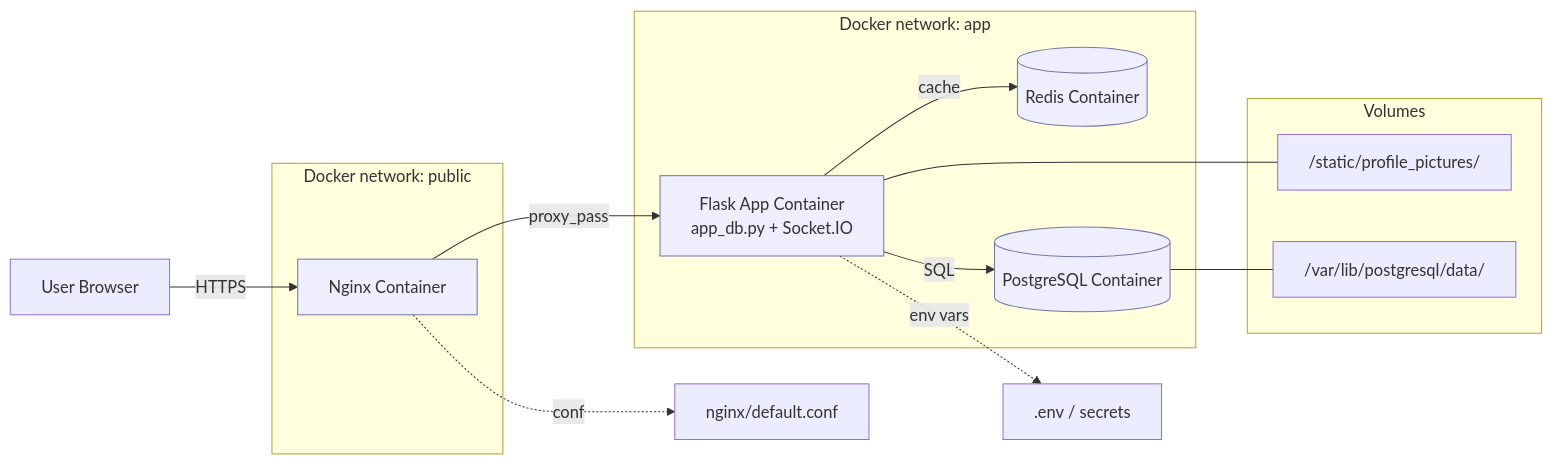
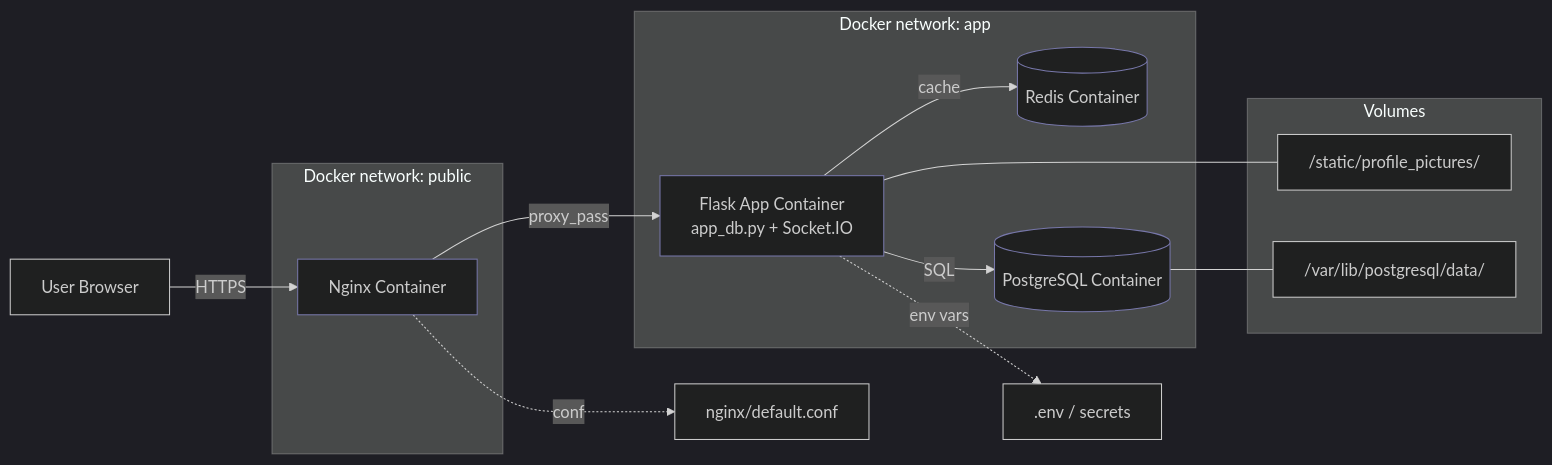
Before and after one commit to AdasRakieta/Site_proj: the diagram in Inzynierka/12_ZALACZNIKI/diagramy/deployment_docker.mmd, drawn with Mermaid. The commit also changed 7 other files, not shown here.

Commit message:
zmiana stylów diagramów

```diff
--- a/Inzynierka/12_ZALACZNIKI/diagramy/deployment_docker.mmd
+++ b/Inzynierka/12_ZALACZNIKI/diagramy/deployment_docker.mmd
@@ -1,29 +1,33 @@
+---
+config:
+  theme: dark
+---
 graph LR
   A[User Browser] -->|HTTPS| Nginx
   subgraph docker_network_public[Docker network: public]
     Nginx[Nginx Container]
   end
 
   subgraph docker_network_app[Docker network: app]
     App["Flask App Container<br/>app_db.py + Socket.IO"]
     Redis[("Redis Container")]
     Postgres[("PostgreSQL Container")]
   end
 
   Nginx -->|proxy_pass| App
   App -->|SQL| Postgres
   App -->|cache| Redis
 
   subgraph volumes[Volumes]
     v_static["/static/profile_pictures/"]
     v_db["/var/lib/postgresql/data/"]
   end
 
   App --- v_static
   Postgres --- v_db
 
   App -.->|env vars| E[".env / secrets"]
   Nginx -.->|conf| C["nginx/default.conf"]
 
-  classDef infra fill:#eef,stroke:#77a,stroke-width:1px
+  classDef infra stroke:#77a,stroke-width:1px
   class Nginx,App,Redis,Postgres infra
```
